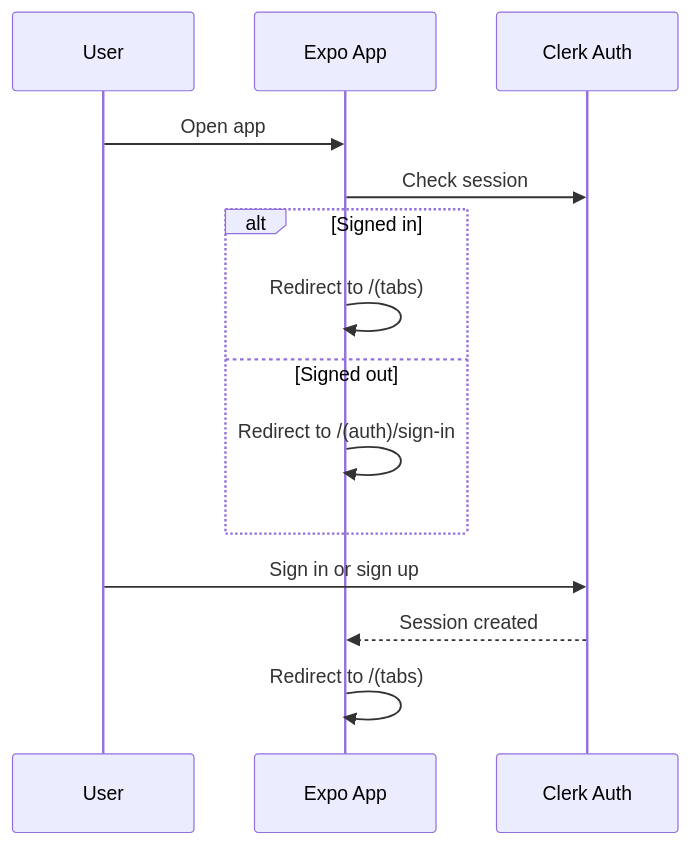
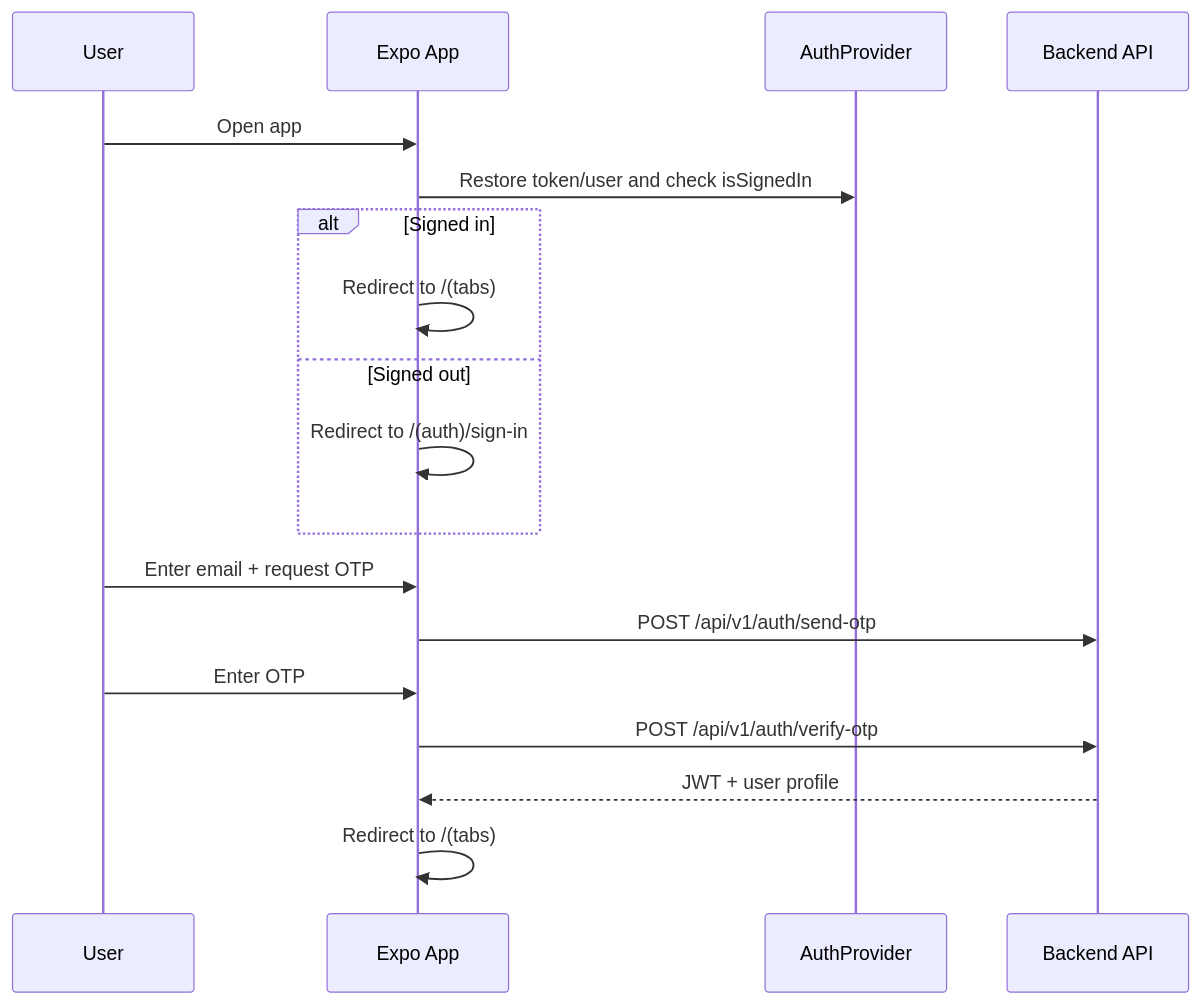
The fifth of 8 diagrams in PROJECT_DOCUMENTATION.md (charanp2006/recurrly), drawn with Mermaid before and after one commit. The commit also changed other lines of this file and 19 other files, not shown here.

````diff
--- a/PROJECT_DOCUMENTATION.md
+++ b/PROJECT_DOCUMENTATION.md
@@ -193,17 +193,21 @@
 ```mermaid
 sequenceDiagram
     participant User
     participant App as Expo App
-    participant Clerk as Clerk Auth
+    participant Auth as AuthProvider
+    participant API as Backend API
 
     User->>App: Open app
-    App->>Clerk: Check session
+    App->>Auth: Restore token/user and check isSignedIn
     alt Signed in
         App->>App: Redirect to /(tabs)
     else Signed out
         App->>App: Redirect to /(auth)/sign-in
     end
-    User->>Clerk: Sign in or sign up
-    Clerk-->>App: Session created
+    User->>App: Enter email + request OTP
+    App->>API: POST /api/v1/auth/send-otp
+    User->>App: Enter OTP
+    App->>API: POST /api/v1/auth/verify-otp
+    API-->>App: JWT + user profile
     App->>App: Redirect to /(tabs)
 ```
````
